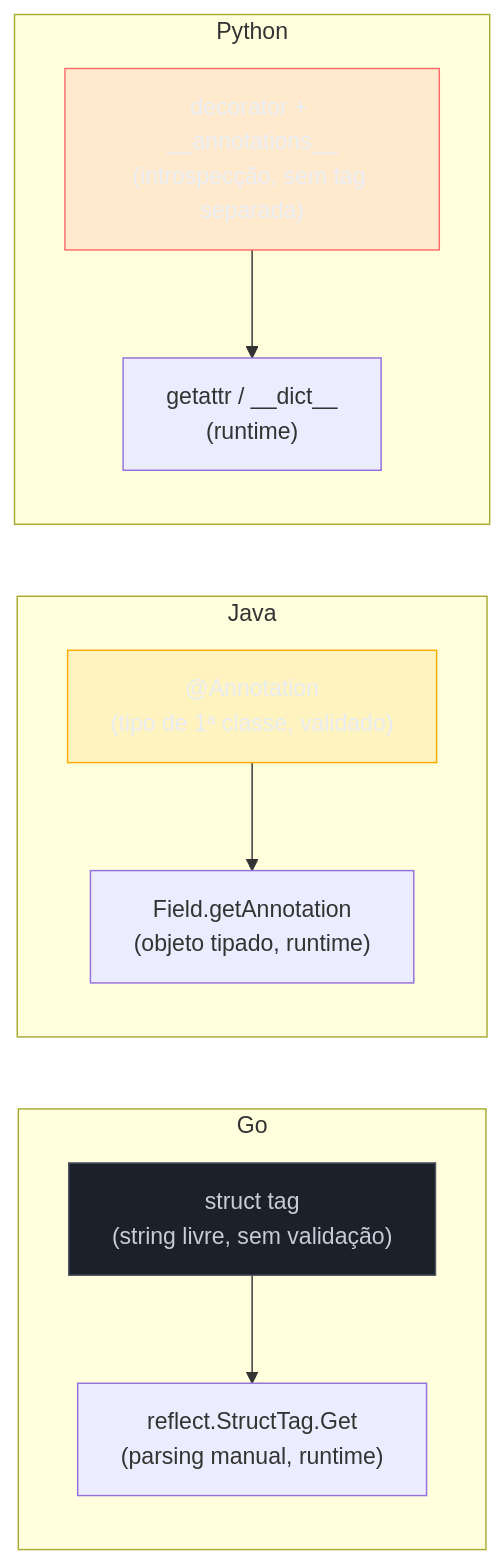
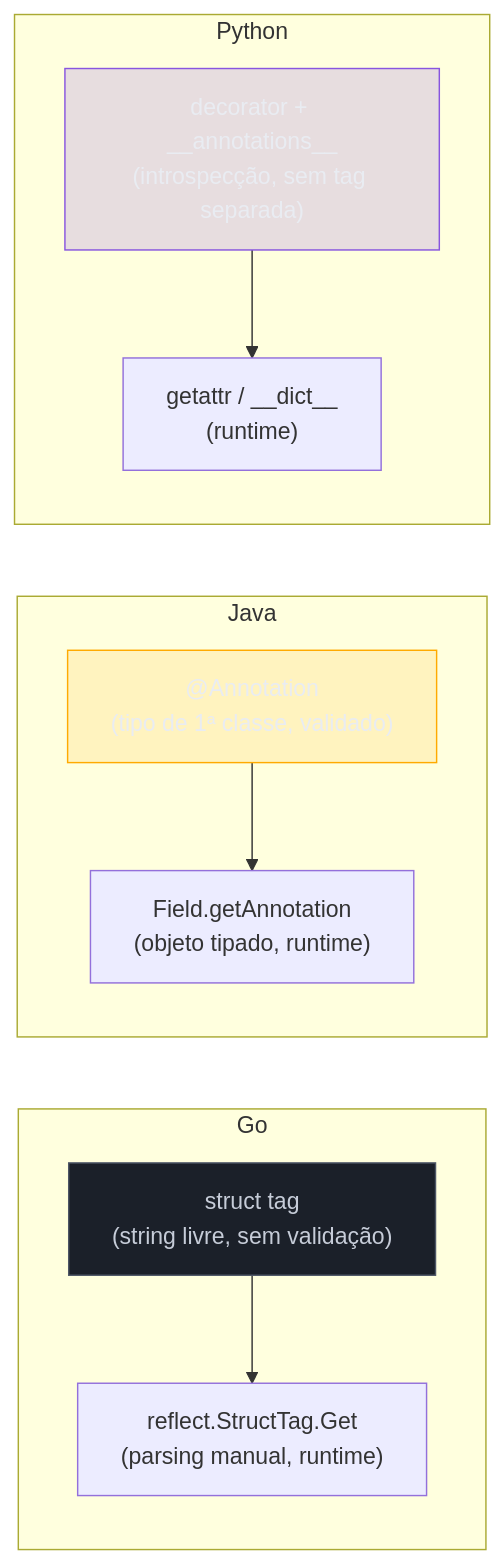
The third of 3 diagrams in 03-Dominios/Tecnologia/Go/02 - Tipos, structs e métodos/07 - Struct tags e reflection básica.md (josenaldo/codex-technomanticus), drawn with Mermaid before and after one commit. The commit also changed other lines of this file and 601 other files, not shown here.

````diff
--- a/03-Dominios/Tecnologia/Go/02 - Tipos, structs e métodos/07 - Struct tags e reflection básica.md
+++ b/03-Dominios/Tecnologia/Go/02 - Tipos, structs e métodos/07 - Struct tags e reflection básica.md
@@ -397,19 +397,19 @@
 ```mermaid
 flowchart LR
+    classDef marca fill:#8855DF33,stroke:#8855DF,color:#E9ECF2
     classDef neutro fill:#1B2029,stroke:#4E5666,color:#C6CCD8
     classDef destaque fill:#FFAA0024,stroke:#FFAA00,color:#E9ECF2
-    classDef falha fill:#FF6B6B24,stroke:#FF6B6B,color:#E9ECF2
     subgraph Go["Go"]
         G1["struct tag\n(string livre, sem validação)"] --> G2["reflect.StructTag.Get\n(parsing manual, runtime)"]
     end
     subgraph Java["Java"]
         J1["@Annotation\n(tipo de 1ª classe, validado)"] --> J2["Field.getAnnotation\n(objeto tipado, runtime)"]
     end
     subgraph Python["Python"]
         P1["decorator + __annotations__\n(introspecção, sem tag separada)"] --> P2["getattr / __dict__\n(runtime)"]
     end
 
     class G1 neutro
     class J1 destaque
-    class P1 falha
+    class P1 marca
 ```
````
